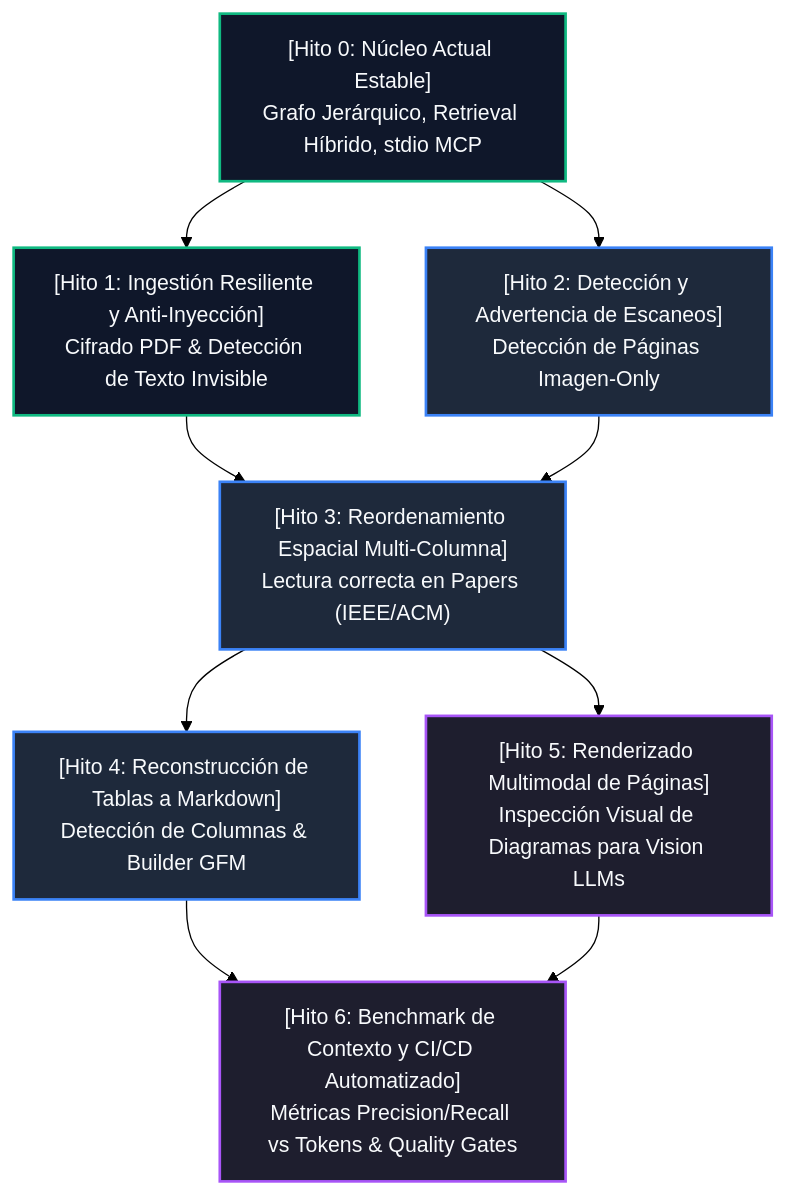
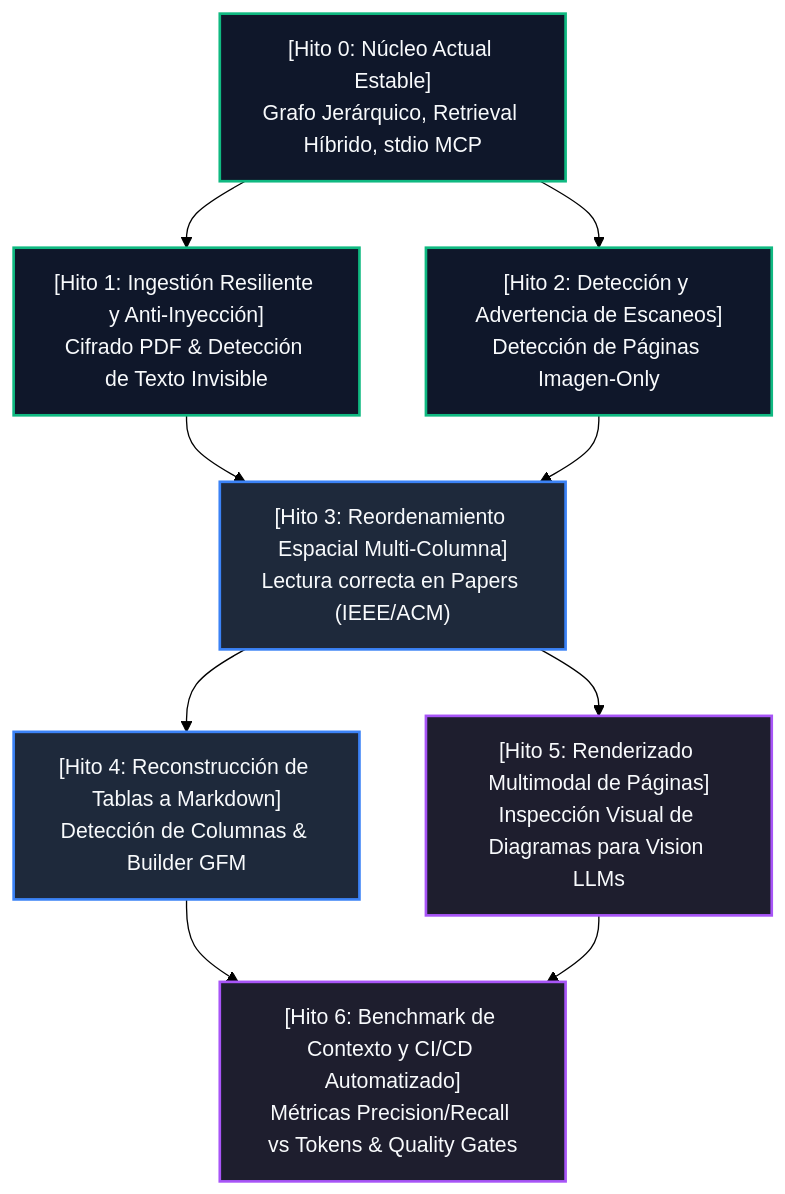
Before and after one commit to yoiberdev/docugraph-mcp: the diagram in docs/milestones-roadmap.md, drawn with Mermaid (forest theme). The commit also changed other lines of this file and 10 other files, not shown here.

````diff
--- a/docs/milestones-roadmap.md
+++ b/docs/milestones-roadmap.md
@@ -17,23 +17,23 @@
 ```mermaid
 graph TD
     classDef milestone fill:#1e293b,stroke:#3b82f6,stroke-width:2px,color:#f8fafc;
     classDef foundation fill:#0f172a,stroke:#10b981,stroke-width:2px,color:#f8fafc;
     classDef advanced fill:#1e1e2e,stroke:#a855f7,stroke-width:2px,color:#f8fafc;
 
     M0["[Hito 0: Núcleo Actual Estable]<br/>Grafo Jerárquico, Retrieval Híbrido, stdio MCP"]:::foundation
     M1["[Hito 1: Ingestión Resiliente y Anti-Inyección]<br/>Cifrado PDF & Detección de Texto Invisible"]:::foundation
-    M2["[Hito 2: Detección y Advertencia de Escaneos]<br/>Detección de Páginas Imagen-Only"]:::milestone
+    M2["[Hito 2: Detección y Advertencia de Escaneos]<br/>Detección de Páginas Imagen-Only"]:::foundation
     M3["[Hito 3: Reordenamiento Espacial Multi-Columna]<br/>Lectura correcta en Papers (IEEE/ACM)"]:::milestone
     M4["[Hito 4: Reconstrucción de Tablas a Markdown]<br/>Detección de Columnas & Builder GFM"]:::milestone
     M5["[Hito 5: Renderizado Multimodal de Páginas]<br/>Inspección Visual de Diagramas para Vision LLMs"]:::advanced
     M6["[Hito 6: Benchmark de Contexto y CI/CD Automatizado]<br/>Métricas Precision/Recall vs Tokens & Quality Gates"]:::advanced
 
     M0 --> M1
     M0 --> M2
     M1 --> M3
     M2 --> M3
     M3 --> M4
     M3 --> M5
     M4 --> M6
     M5 --> M6
 ```
````
